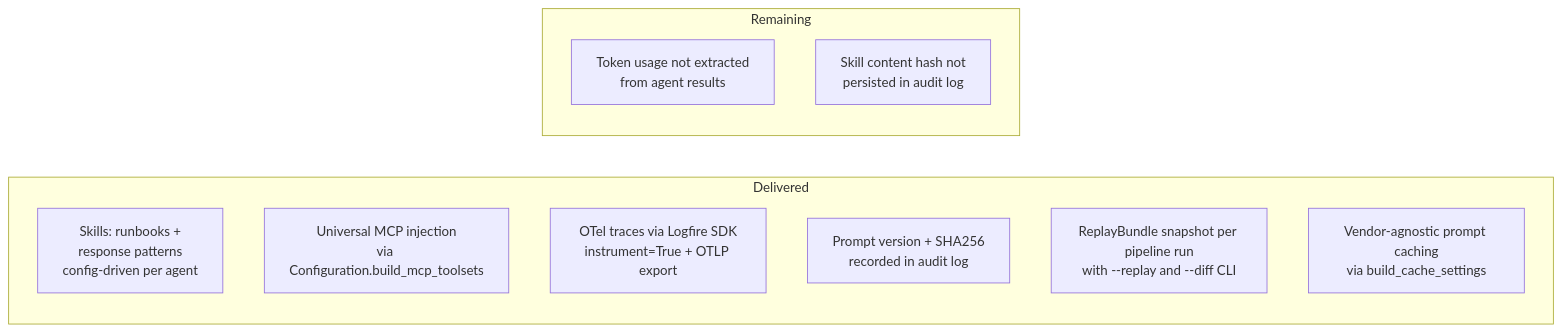
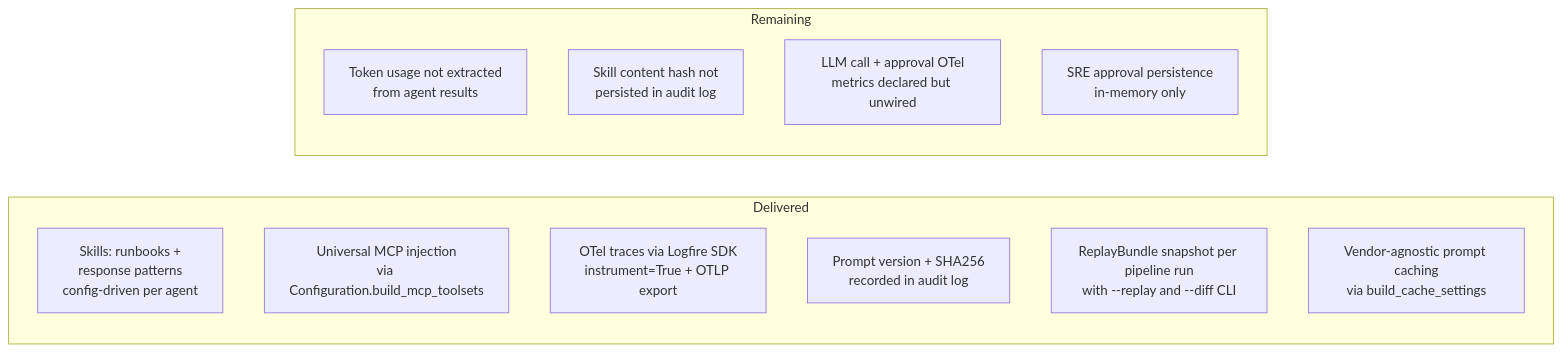
Before and after one commit to offtian/sentinel: the diagram in docs/architecture.md, drawn with Mermaid. The commit also changed 3 other files, not shown here.

````diff
--- a/docs/architecture.md
+++ b/docs/architecture.md
@@ -175,15 +175,17 @@
 ```mermaid
 flowchart LR
     subgraph Delivered
       B1[Skills: runbooks +<br/>response patterns<br/>config-driven per agent]
       B2[Universal MCP injection<br/>via Configuration.build_mcp_toolsets]
       B3[OTel traces via Logfire SDK<br/>instrument=True + OTLP export]
       B4[Prompt version + SHA256<br/>recorded in audit log]
       B5[ReplayBundle snapshot per pipeline run<br/>with --replay and --diff CLI]
       B6[Vendor-agnostic prompt caching<br/>via build_cache_settings]
     end
     subgraph Remaining
       A1[Token usage not extracted<br/>from agent results]
       A2[Skill content hash not<br/>persisted in audit log]
+      A3[LLM call + approval OTel<br/>metrics declared but unwired]
+      A4[SRE approval persistence<br/>in-memory only]
     end
 ```
````
